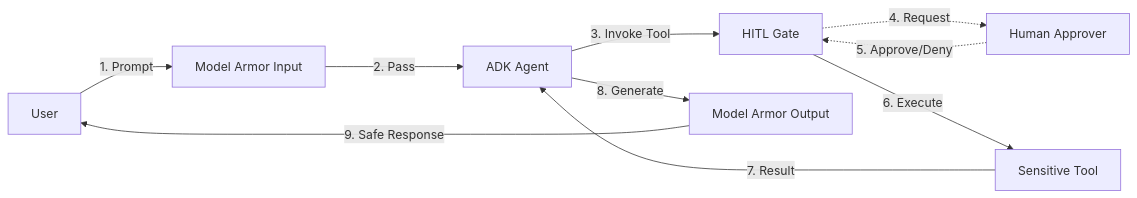
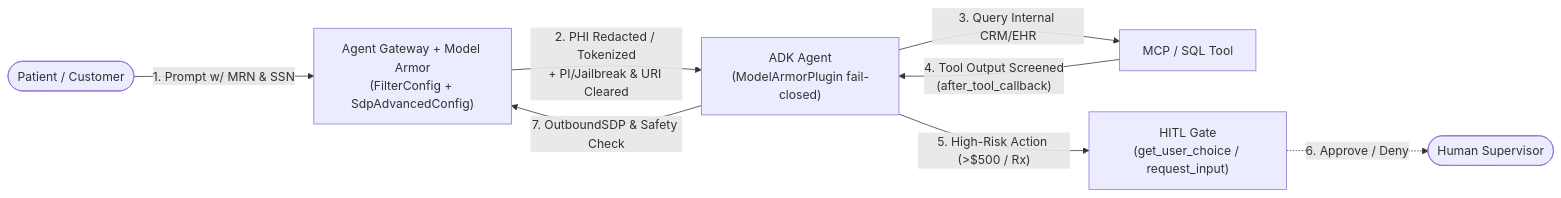
The diagram in tracks/05_secure_and_govern/lab_17_model_armor_and_hitl/README.md (cmanikandan/gcp-certification-professional-agentic-architect), drawn with Mermaid before and after one commit. The commit also changed other lines of this file and 78 other files, not shown here.

````diff
--- a/tracks/05_secure_and_govern/lab_17_model_armor_and_hitl/README.md
+++ b/tracks/05_secure_and_govern/lab_17_model_armor_and_hitl/README.md
@@ -25,12 +28,10 @@
 ```mermaid
-graph LR
-    User -->|1. Prompt| MA_In[Model Armor Input]
-    MA_In -->|2. Pass| Agent[ADK Agent]
-    Agent -->|3. Invoke Tool| HITL[HITL Gate]
-    HITL -.->|4. Request| Approver[Human Approver]
-    Approver -.->|5. Approve/Deny| HITL
-    HITL -->|6. Execute| Tool[Sensitive Tool]
-    Tool -->|7. Result| Agent
-    Agent -->|8. Generate| MA_Out[Model Armor Output]
-    MA_Out -->|9. Safe Response| User
+flowchart LR
+    User(["Patient / Customer"]) -->|"1. Prompt w/ MRN & SSN"| GW["Agent Gateway + Model Armor<br/>(FilterConfig + SdpAdvancedConfig)"]
+    GW -->|"2. PHI Redacted / Tokenized<br/>+ PI/Jailbreak & URI Cleared"| Agent["ADK Agent<br/>(ModelArmorPlugin fail-closed)"]
+    Agent -->|"3. Query Internal CRM/EHR"| Tool["MCP / SQL Tool"]
+    Tool -->|"4. Tool Output Screened<br/>(after_tool_callback)"| Agent
+    Agent -->|"5. High-Risk Action (>$500 / Rx)"| HITL["HITL Gate<br/>(get_user_choice / request_input)"]
+    HITL -.->|"6. Approve / Deny"| Sup(["Human Supervisor"])
+    Agent -->|"7. OutboundSDP & Safety Check"| GW
 ```
````
